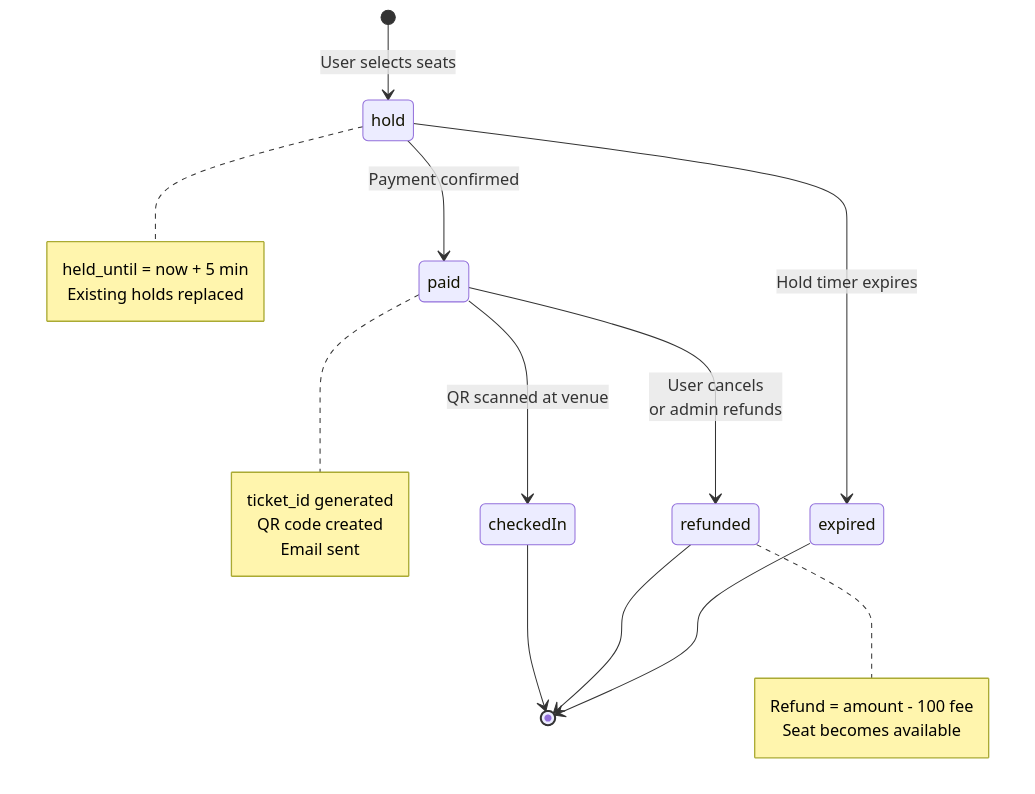
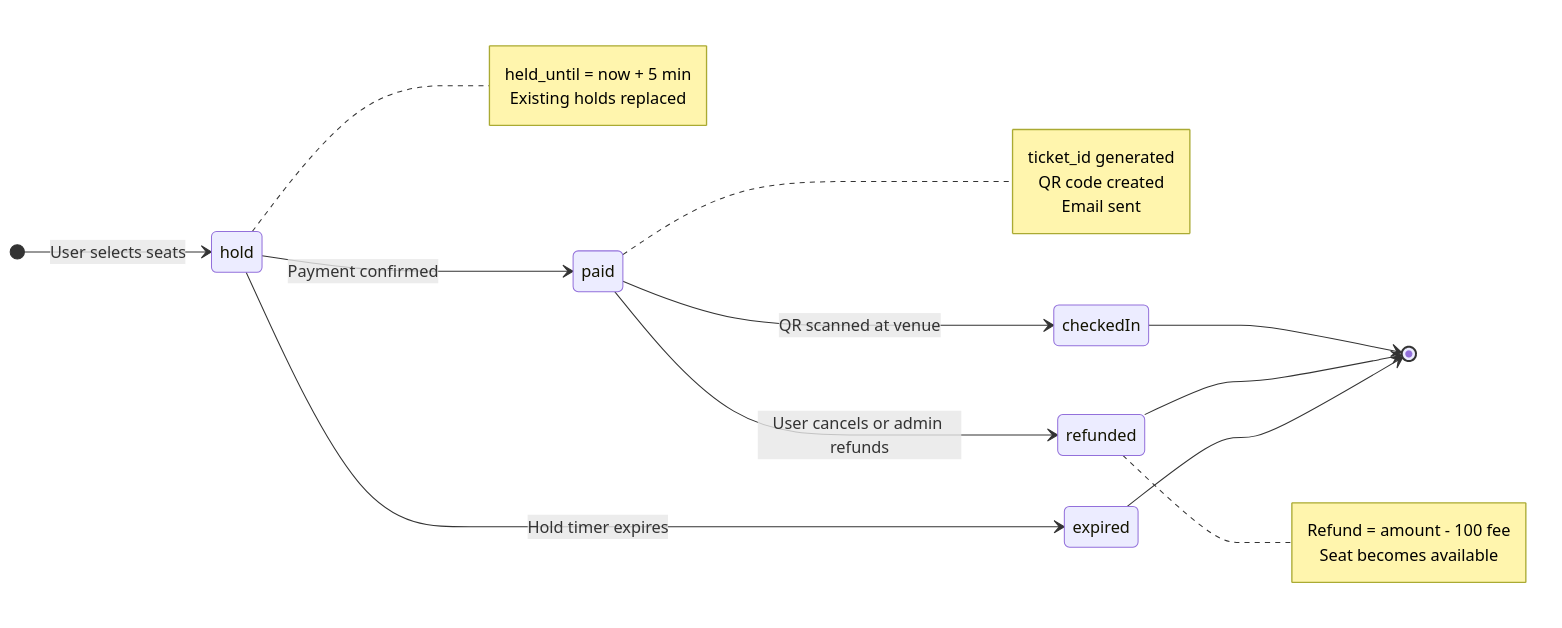
One commit to amal-sajeev/techtrek changed the fourth of 9 diagrams in DOCUMENTATION.md. Above: the diagram before and after it, drawn with Mermaid. The commit also changed other lines of this file and 14 other files, not shown here.

````diff
--- a/DOCUMENTATION.md
+++ b/DOCUMENTATION.md
@@ -148,27 +149,29 @@
 ```mermaid
+%%{init: {"state": {"useMaxWidth": true}}}%%
 stateDiagram-v2
+    direction LR
     [*] --> hold: User selects seats
     hold --> paid: Payment confirmed
     hold --> expired: Hold timer expires
-    paid --> refunded: User cancels<br/>or admin refunds
+    paid --> refunded: User cancels or admin refunds
     paid --> checkedIn: QR scanned at venue
     expired --> [*]
     refunded --> [*]
     checkedIn --> [*]
 
     note right of hold
         held_until = now + 5 min
         Existing holds replaced
     end note
 
     note right of paid
         ticket_id generated
         QR code created
         Email sent
     end note
 
     note right of refunded
         Refund = amount - 100 fee
         Seat becomes available
     end note
 ```
````
